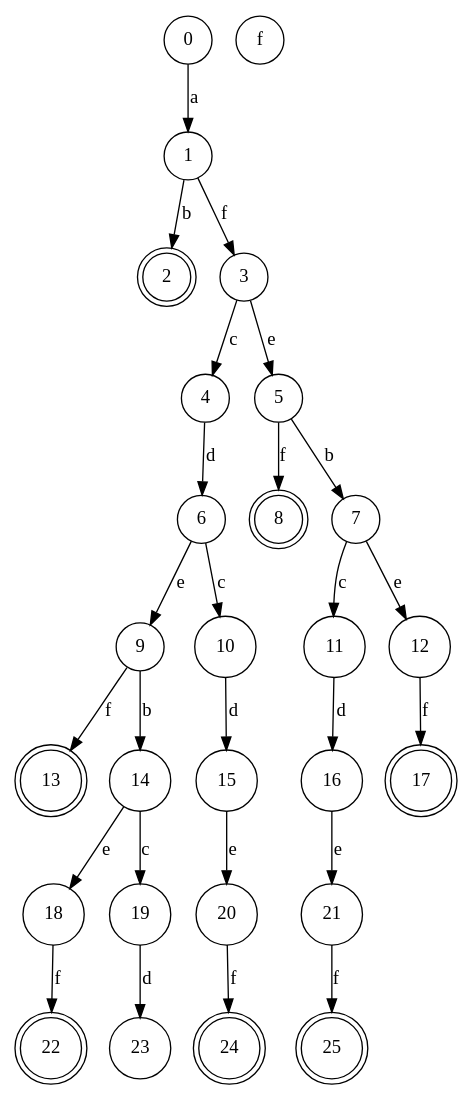
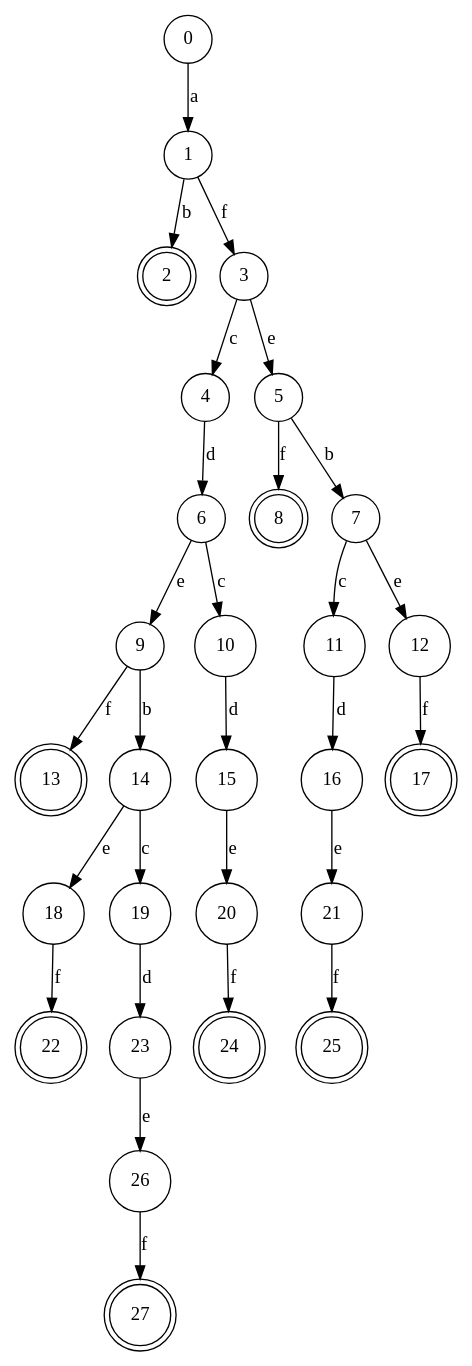
Before and after one commit to dvberkel/bergen: the diagram in states.dot, drawn with Graphviz. The commit also changed 1 other file, not shown here.

```diff
--- a/states.dot
+++ b/states.dot
@@ -1,35 +1,38 @@
 digraph {
   node [shape=circle];
   2 [shape=doublecircle];
   8 [shape=doublecircle];
   13 [shape=doublecircle];
   17 [shape=doublecircle];
   22 [shape=doublecircle];
   24 [shape=doublecircle];
   25 [shape=doublecircle];
+  27 [shape=doublecircle];
   0 -> 1 [label="a"];
   1 -> 2 [label="b"];
   1 -> 3 [label="f"];
   3 -> 4 [label="c"];
   3 -> 5 [label="e"];
   4 -> 6 [label="d"];
   5 -> 7 [label="b"];
   5 -> 8 [label="f"];
   6 -> 9 [label="e"];
   6 -> 10 [label="c"];
-  7 -> 11 [label="c"];f
+  7 -> 11 [label="c"];
   7 -> 12 [label="e"];
   9 -> 13 [label="f"];
   9 -> 14 [label="b"];
   10 -> 15 [label="d"];
   11 -> 16 [label="d"];
   12 -> 17 [label="f"];
   14 -> 18 [label="e"];
   14 -> 19 [label="c"];
   15 -> 20 [label="e"];
   16 -> 21 [label="e"];
   18 -> 22 [label="f"];
   19 -> 23 [label="d"];
   20 -> 24 [label="f"];
   21 -> 25 [label="f"];
+  23 -> 26 [label="e"];
+  26 -> 27 [label="f"];
 }
```
